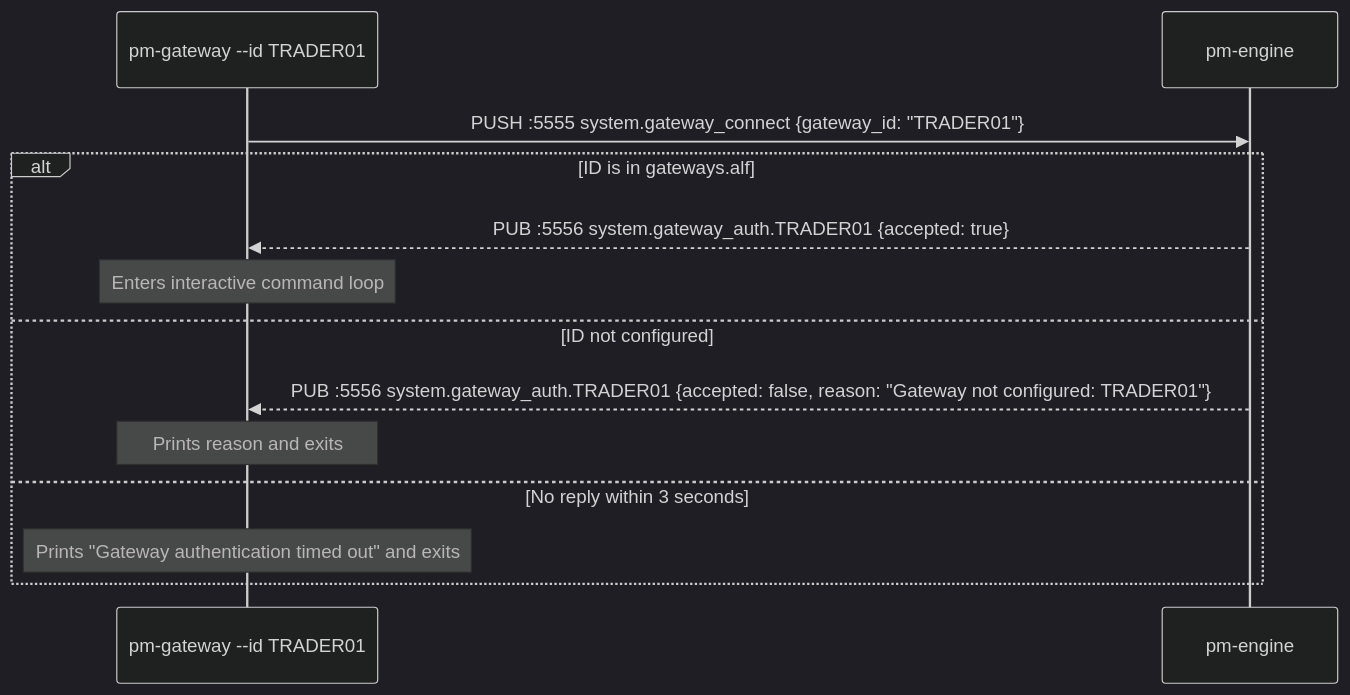
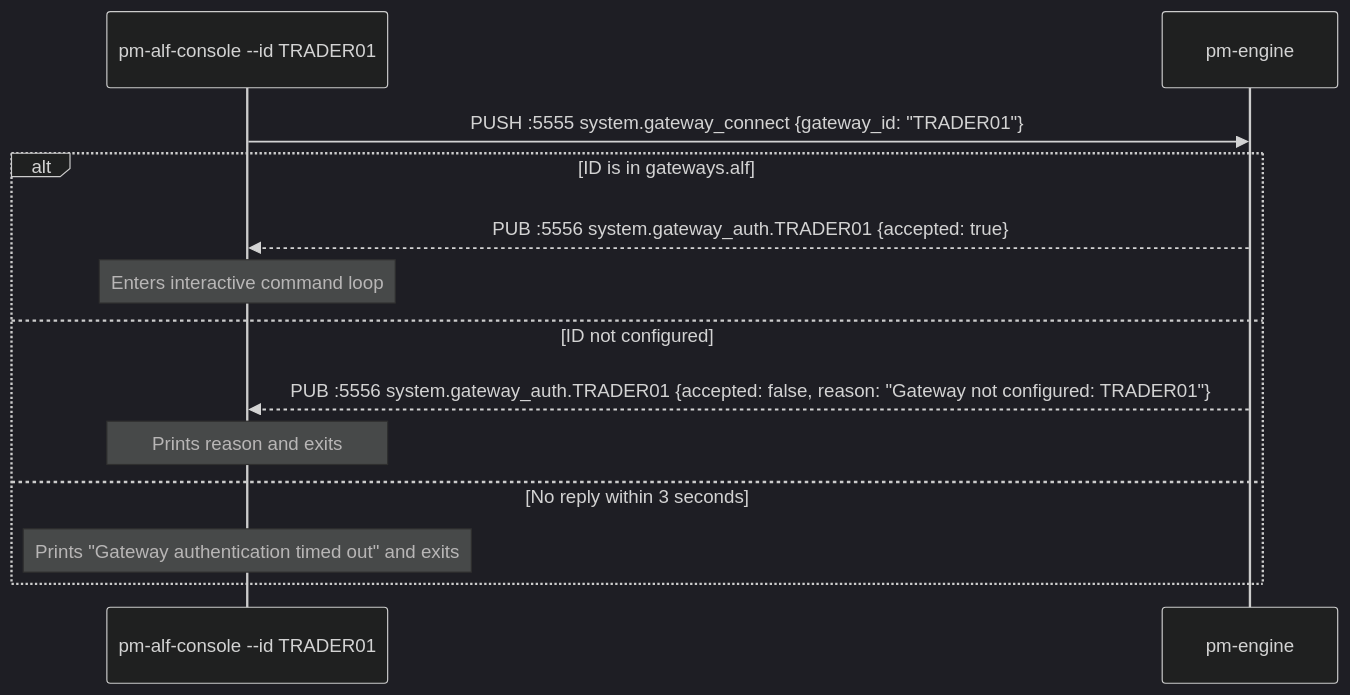
One commit to johan162/EduMatcher changed the second of 4 diagrams in docs/user-guide/08-gateway.md. Above: the diagram before and after it, drawn with Mermaid (dark theme). The commit also changed other lines of this file and 38 other files, not shown here.

````diff
--- a/docs/user-guide/08-gateway.md
+++ b/docs/user-guide/08-gateway.md
@@ -222,16 +222,16 @@
 ```mermaid
 sequenceDiagram
-    participant GW as pm-gateway --id TRADER01
+    participant GW as pm-alf-console --id TRADER01
     participant ENG as pm-engine
 
     GW->>ENG: PUSH :5555  system.gateway_connect {gateway_id: "TRADER01"}
     alt ID is in gateways.alf
         ENG-->>GW: PUB :5556  system.gateway_auth.TRADER01 {accepted: true}
         Note over GW: Enters interactive command loop
     else ID not configured
         ENG-->>GW: PUB :5556  system.gateway_auth.TRADER01 {accepted: false, reason: "Gateway not configured: TRADER01"}
         Note over GW: Prints reason and exits
     else No reply within 3 seconds
         Note over GW: Prints "Gateway authentication timed out" and exits
     end
 ```
````
